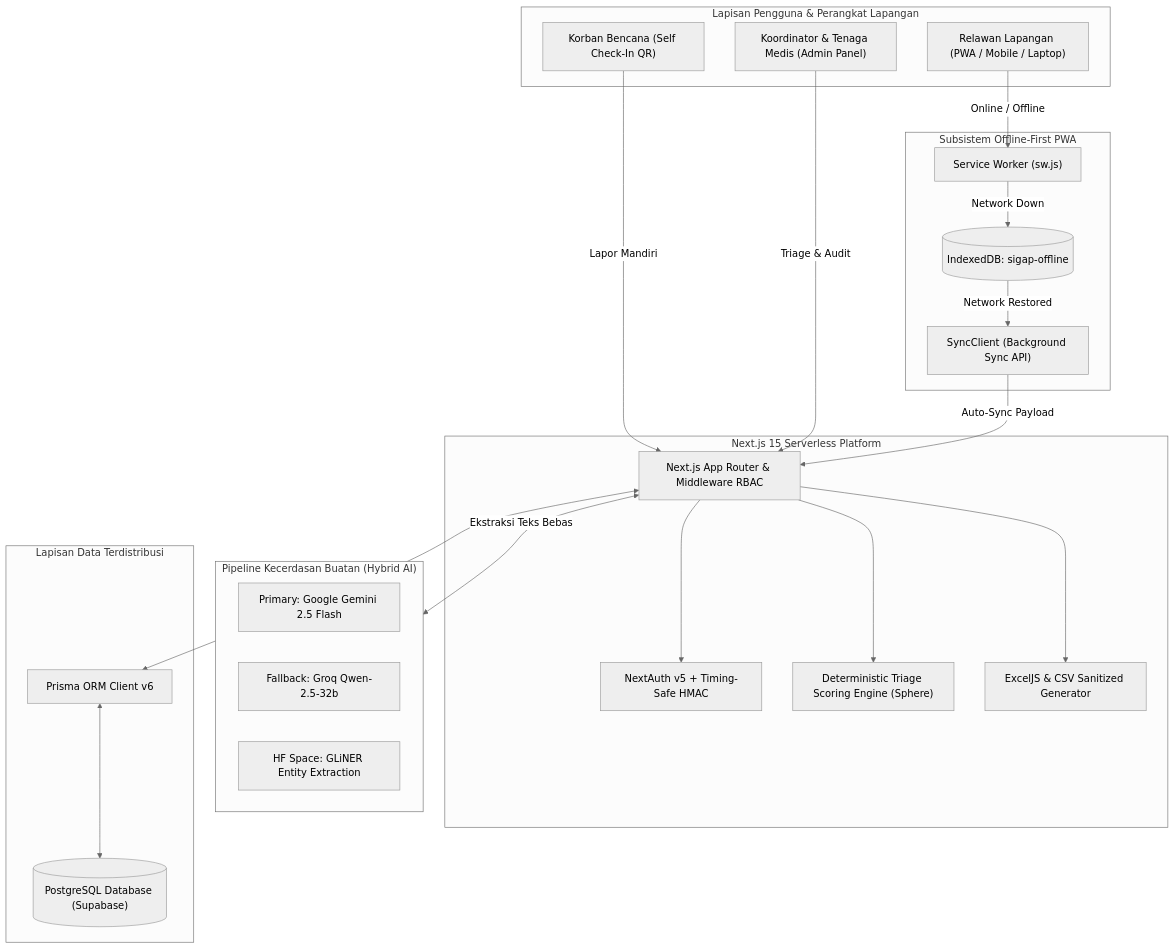
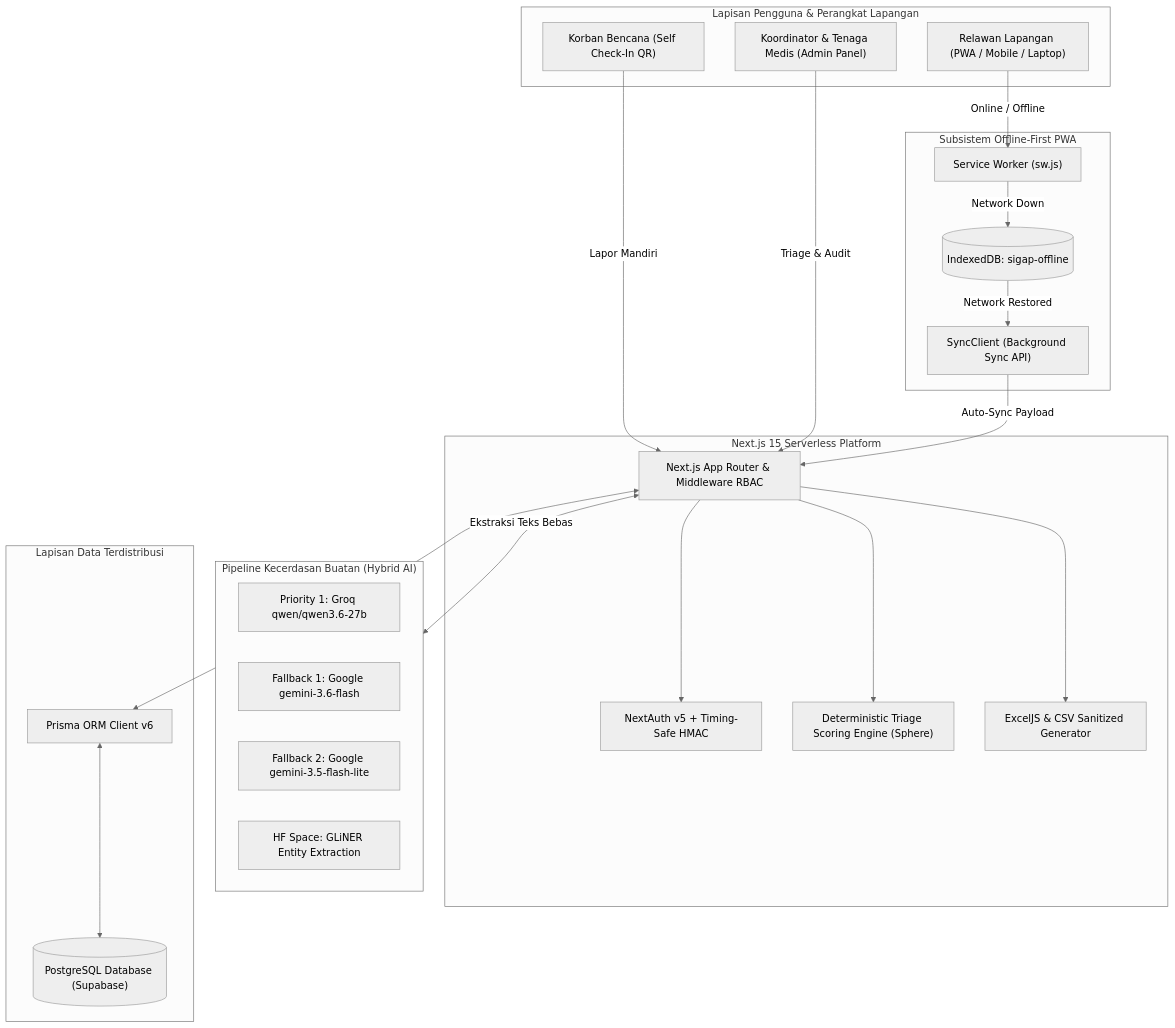
One commit to daffa-aditya-p/lksAI changed the first of 2 diagrams in README.md. Above: the diagram before and after it, drawn with Mermaid (neutral theme). The commit also changed other lines of this file and 16 other files, not shown here.

````diff
--- a/README.md
+++ b/README.md
@@ -191,48 +224,49 @@
 ```mermaid
 flowchart TD
     subgraph Klien["Lapisan Pengguna & Perangkat Lapangan"]
         A1["Relawan Lapangan (PWA / Mobile / Laptop)"]
         A2["Korban Bencana (Self Check-In QR)"]
         A3["Koordinator & Tenaga Medis (Admin Panel)"]
     end
 
     subgraph OfflineLayer["Subsistem Offline-First PWA"]
         SW["Service Worker (sw.js)"]
         IDB[("IndexedDB: sigap-offline")]
         SyncClient["SyncClient (Background Sync API)"]
     end
 
     subgraph Server["Next.js 15 Serverless Platform"]
         AppRouter["Next.js App Router & Middleware RBAC"]
         AuthModule["NextAuth v5 + Timing-Safe HMAC"]
         ScoringEngine["Deterministic Triage Scoring Engine (Sphere)"]
         ExportModule["ExcelJS & CSV Sanitized Generator"]
     end
 
     subgraph AICloud["Pipeline Kecerdasan Buatan (Hybrid AI)"]
-        Gemini["Primary: Google Gemini 2.5 Flash"]
-        Groq["Fallback: Groq Qwen-2.5-32b"]
+        Groq["Priority 1: Groq qwen/qwen3.6-27b"]
+        Gemini["Fallback 1: Google gemini-3.6-flash"]
+        GeminiLite["Fallback 2: Google gemini-3.5-flash-lite"]
         GLiNER["HF Space: GLiNER Entity Extraction"]
     end
 
     subgraph Database["Lapisan Data Terdistribusi"]
         PrismaORM["Prisma ORM Client v6"]
         SupabaseDB[("PostgreSQL Database (Supabase)")]
     end
 
     A1 -->|Online / Offline| SW
     A2 -->|Lapor Mandiri| AppRouter
     A3 -->|Triage & Audit| AppRouter
 
     SW -->|Network Down| IDB
     IDB -->|Network Restored| SyncClient
     SyncClient -->|Auto-Sync Payload| AppRouter
 
     AppRouter --> AuthModule
     AppRouter --> ScoringEngine
     AppRouter --> ExportModule
 
     AppRouter <-->|Ekstraksi Teks Bebas| AICloud
     AppRouter <--> PrismaORM
     PrismaORM <--> SupabaseDB
 ```
````
